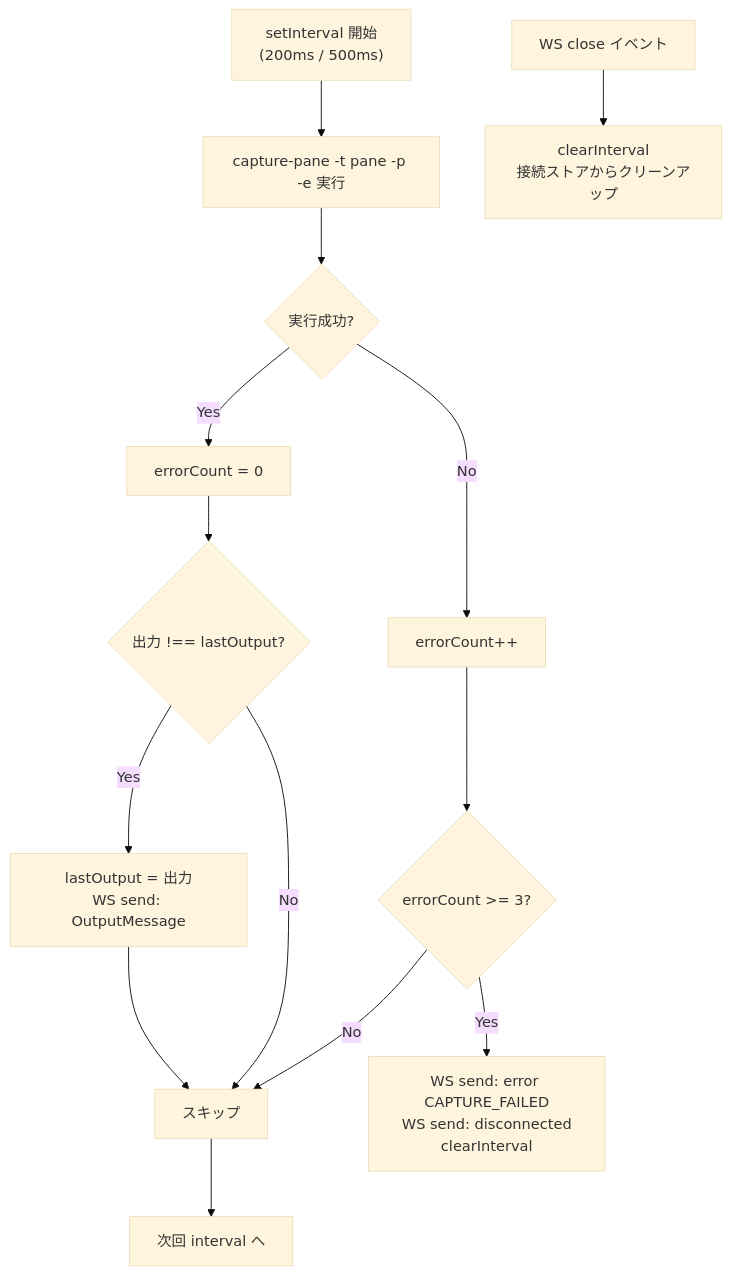
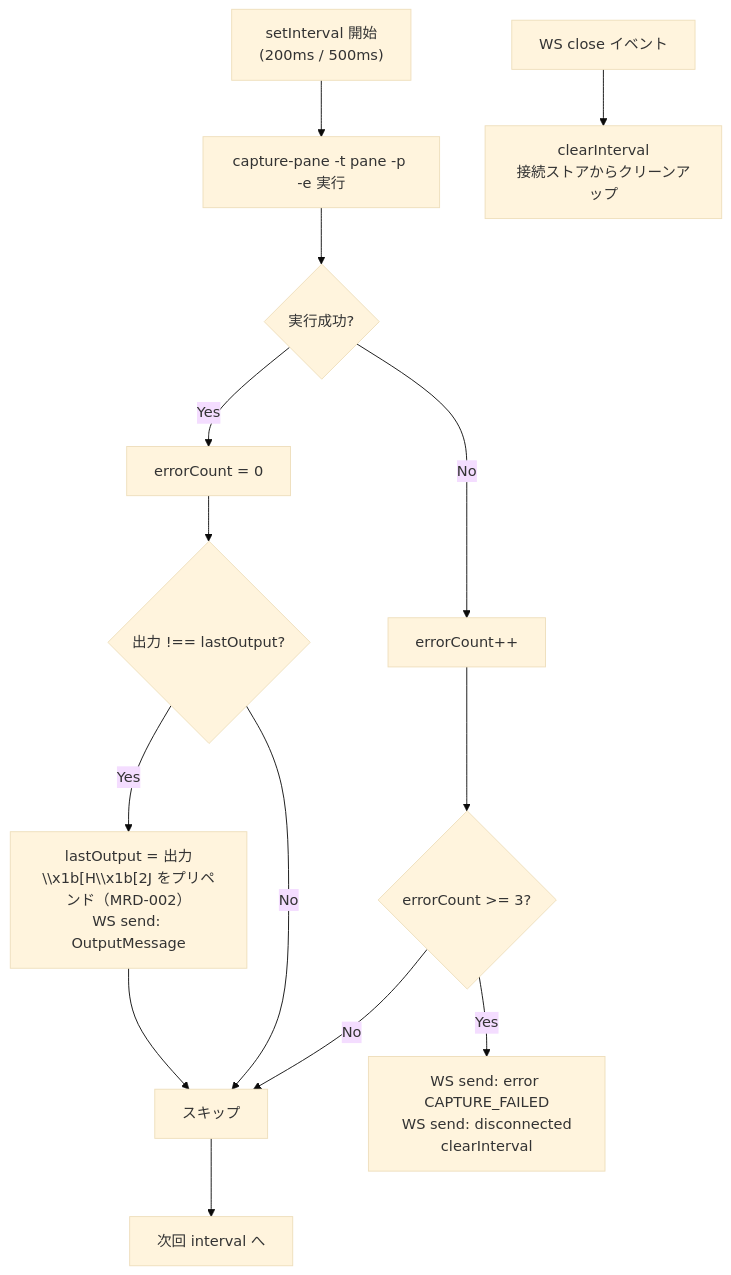
The eighth of 9 diagrams in docs/copilot-session-viewer/design/04_process-flow-design.md (NagasakaH/dev-process), drawn with Mermaid (base theme) before and after one commit. The commit also changed other lines of this file and 7 other files, not shown here.

````diff
--- a/docs/copilot-session-viewer/design/04_process-flow-design.md
+++ b/docs/copilot-session-viewer/design/04_process-flow-design.md
@@ -256,17 +264,17 @@
 ```mermaid
 flowchart TD
     A["setInterval 開始<br/>(200ms / 500ms)"] --> B["capture-pane -t pane -p -e 実行"]
     B --> C{実行成功?}
     C -->|"Yes"| D["errorCount = 0"]
     D --> E{出力 !== lastOutput?}
-    E -->|"Yes"| F["lastOutput = 出力<br/>WS send: OutputMessage"]
+    E -->|"Yes"| F["lastOutput = 出力<br/>\\x1b[H\\x1b[2J をプリペンド（MRD-002）<br/>WS send: OutputMessage"]
     E -->|"No"| G["スキップ"]
     C -->|"No"| H["errorCount++"]
     H --> I{errorCount >= 3?}
     I -->|"No"| G
     I -->|"Yes"| J["WS send: error CAPTURE_FAILED<br/>WS send: disconnected<br/>clearInterval"]
     F --> G
     G --> K["次回 interval へ"]
 
     L["WS close イベント"] --> M["clearInterval<br/>接続ストアからクリーンアップ"]
 ```
````
